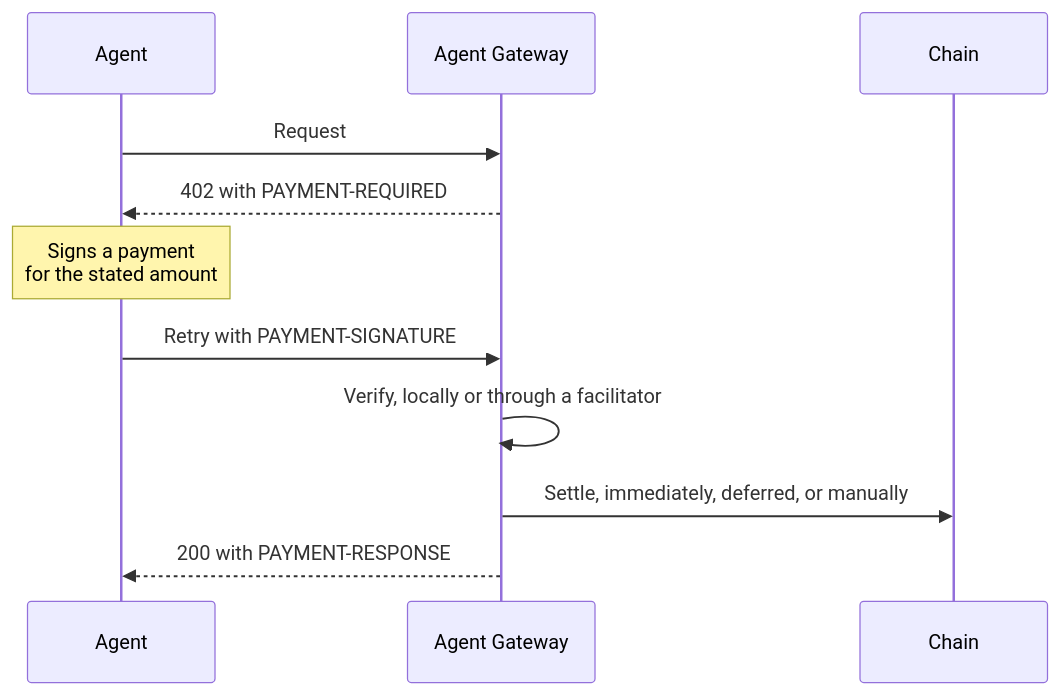
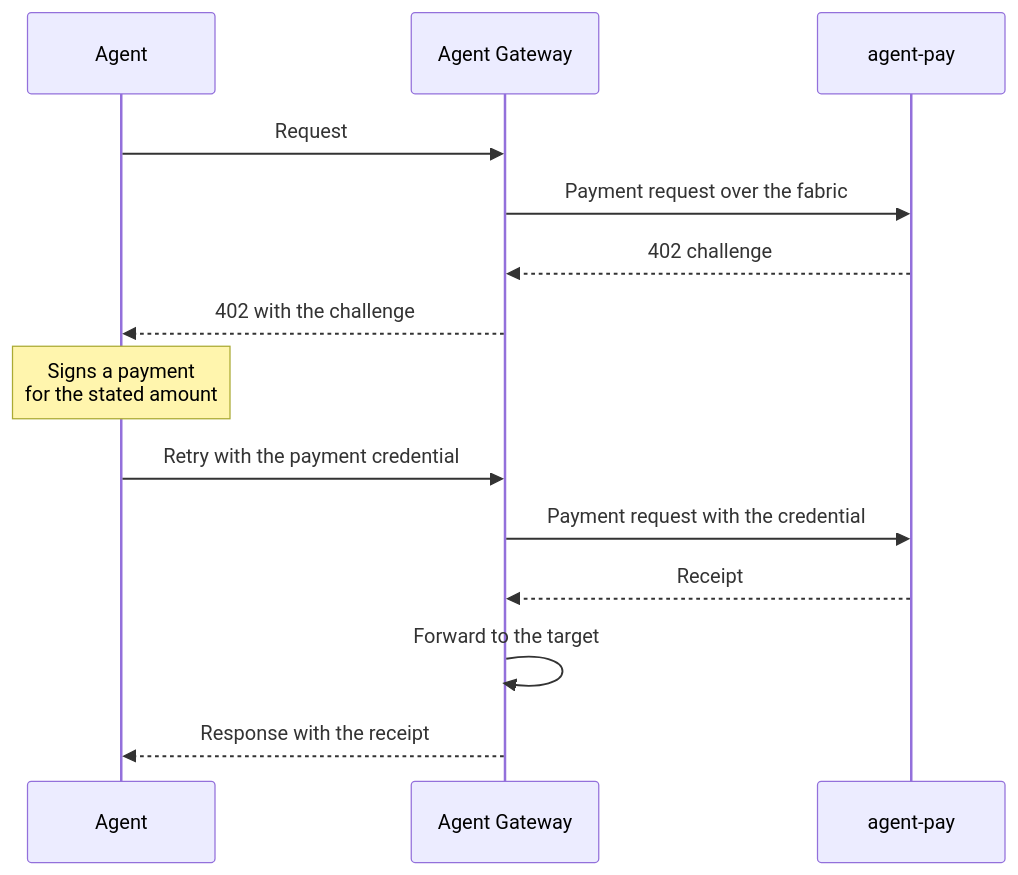
The diagram in docs/CAPABILITIES.md (affinidi-ai/agent-gateway), drawn with Mermaid before and after one commit. The commit also changed other lines of this file and 182 other files, not shown here.

Commit message:
feat: added support for agent pay

````diff
--- a/docs/CAPABILITIES.md
+++ b/docs/CAPABILITIES.md
@@ -300,13 +308,16 @@
 ```mermaid
 sequenceDiagram
     participant A as Agent
     participant G as Agent Gateway
-    participant C as Chain
+    participant P as agent-pay
     A->>G: Request
-    G-->>A: 402 with PAYMENT-REQUIRED
+    G->>P: Payment request over the fabric
+    P-->>G: 402 challenge
+    G-->>A: 402 with the challenge
     Note over A: Signs a payment<br/>for the stated amount
-    A->>G: Retry with PAYMENT-SIGNATURE
-    G->>G: Verify, locally or through a facilitator
-    G->>C: Settle, immediately, deferred, or manually
-    G-->>A: 200 with PAYMENT-RESPONSE
+    A->>G: Retry with the payment credential
+    G->>P: Payment request with the credential
+    P-->>G: Receipt
+    G->>G: Forward to the target
+    G-->>A: Response with the receipt
 ```
````
